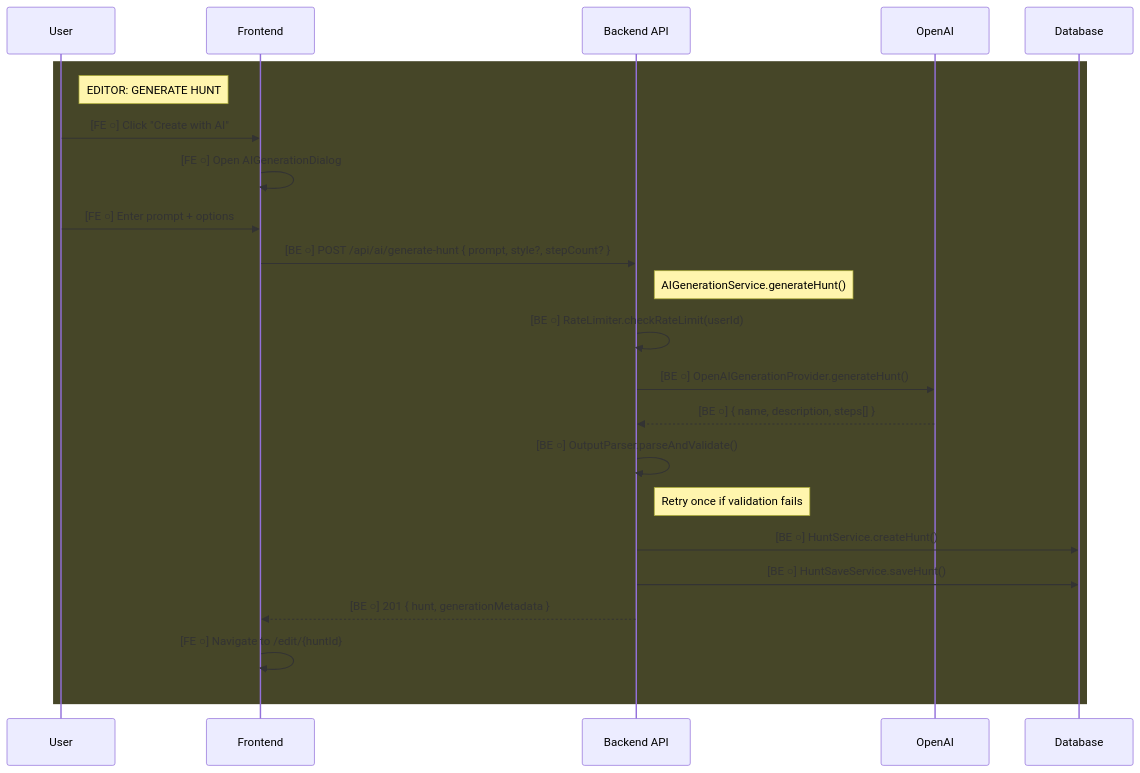
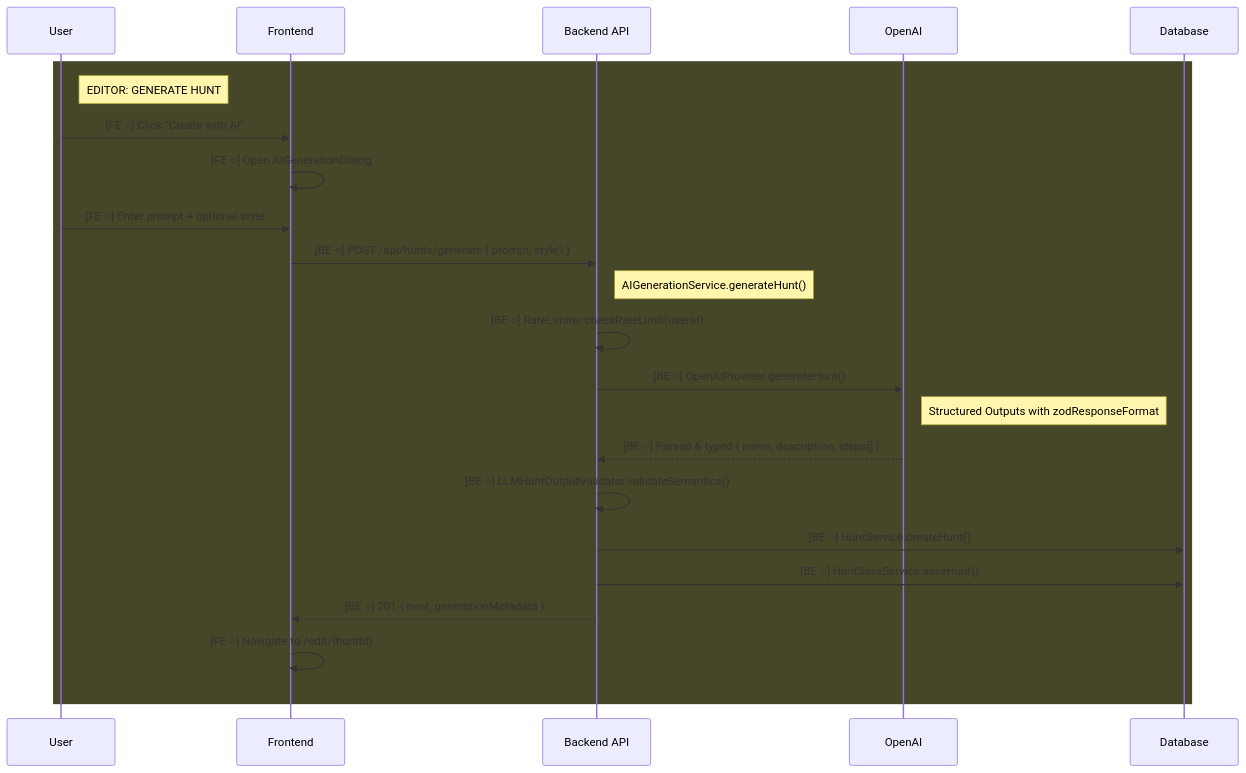
Before and after one commit to catalinleca/HuntHub: the diagram in .claude/features/ai-hunt-generation.md, drawn with Mermaid. The commit also changed other lines of this file and 32 other files, not shown here.

Commit message:
Add ai hunt generator service fix openapi schema, nullable

````diff
--- a/.claude/features/ai-hunt-generation.md
+++ b/.claude/features/ai-hunt-generation.md
@@ -37,26 +40,26 @@
 ```mermaid
 sequenceDiagram
     participant U as User
     participant FE as Frontend
     participant API as Backend API
     participant AI as OpenAI
     participant DB as Database
 
     rect rgb(70, 70, 40)
     Note right of U: EDITOR: GENERATE HUNT
     U->>FE: [FE ○] Click "Create with AI"
     FE->>FE: [FE ○] Open AIGenerationDialog
-    U->>FE: [FE ○] Enter prompt + options
-    FE->>API: [BE ○] POST /api/ai/generate-hunt { prompt, style?, stepCount? }
+    U->>FE: [FE ○] Enter prompt + optional style
+    FE->>API: [BE ○] POST /api/hunts/generate { prompt, style? }
     Note right of API: AIGenerationService.generateHunt()
     API->>API: [BE ○] RateLimiter.checkRateLimit(userId)
-    API->>AI: [BE ○] OpenAIGenerationProvider.generateHunt()
-    AI-->>API: [BE ○] { name, description, steps[] }
-    API->>API: [BE ○] OutputParser.parseAndValidate()
-    Note right of API: Retry once if validation fails
+    API->>AI: [BE ○] OpenAIProvider.generateHunt()
+    Note right of AI: Structured Outputs with zodResponseFormat
+    AI-->>API: [BE ○] Parsed & typed { name, description, steps[] }
+    API->>API: [BE ○] LLMHuntOutputValidator.validateSemantics()
     API->>DB: [BE ○] HuntService.createHunt()
     API->>DB: [BE ○] HuntSaveService.saveHunt()
     API-->>FE: [BE ○] 201 { hunt, generationMetadata }
     FE->>FE: [FE ○] Navigate to /edit/{huntId}
     end
 ```
````
